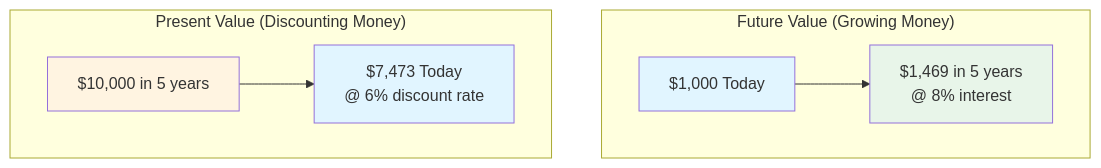
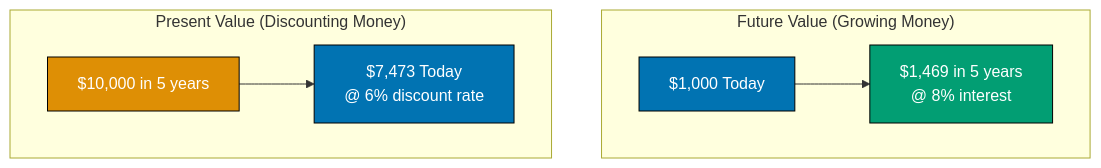
One commit to wahidyankf/open-sharia-enterprise changed the second of 12 diagrams in docs/tutorials/business-and-finance/tu-bufi__corporate-finance.md. Above: the diagram before and after it, drawn with Mermaid. The commit also changed other lines of this file and 22 other files, not shown here.

First line of the commit message:
docs(diagrams): ensure all mermaid diagrams use color-blind friendly palette

````diff
--- a/docs/tutorials/business-and-finance/tu-bufi__corporate-finance.md
+++ b/docs/tutorials/business-and-finance/tu-bufi__corporate-finance.md
@@ -184,15 +190,15 @@
 ```mermaid
 flowchart TD
 	subgraph "Future Value (Growing Money)"
 		PV1[$1,000 Today] --> FV1[$1,469 in 5 years<br/>@ 8% interest]
 	end
 
 	subgraph "Present Value (Discounting Money)"
 		FV2[$10,000 in 5 years] --> PV2[$7,473 Today<br/>@ 6% discount rate]
 	end
 
-	style PV1 fill:#e1f5ff
-	style FV1 fill:#e8f5e9
-	style FV2 fill:#fff4e1
-	style PV2 fill:#e1f5ff
+	style PV1 fill:#0173B2,stroke:#000000,color:#FFFFFF
+	style FV1 fill:#029E73,stroke:#000000,color:#FFFFFF
+	style FV2 fill:#DE8F05,stroke:#000000,color:#FFFFFF
+	style PV2 fill:#0173B2,stroke:#000000,color:#FFFFFF
 ```
````
